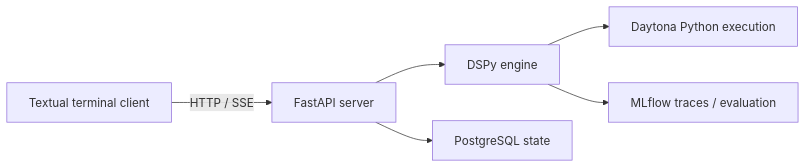
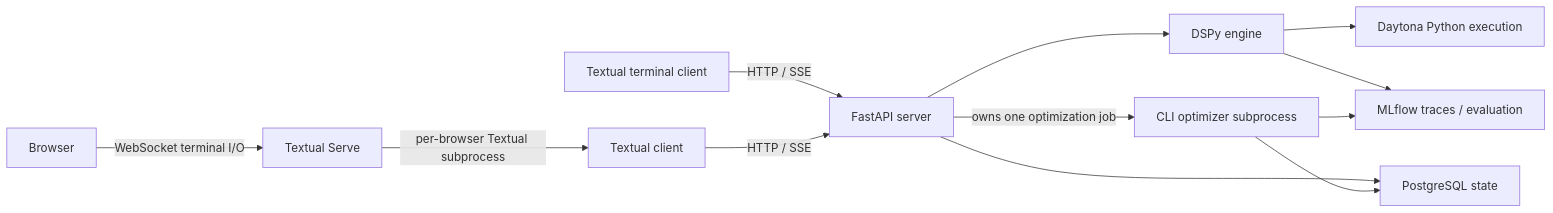
Before and after one commit to Qredence/fleet-rlm: the diagram in ARCHITECTURE.md, drawn with Mermaid. The commit also changed other lines of this file and 30 other files, not shown here.

First line of the commit message:
feat(tui): Add managed GEPA experiments and browser access

````diff
--- a/ARCHITECTURE.md
+++ b/ARCHITECTURE.md
@@ -14,8 +14,14 @@
 ```mermaid
 flowchart LR
     Client[Textual terminal client] -->|HTTP / SSE| API[FastAPI server]
+    Browser[Browser] -->|WebSocket terminal I/O| Serve[Textual Serve]
+    Serve -->|per-browser Textual subprocess| WebTUI[Textual client]
+    WebTUI -->|HTTP / SSE| API
     API --> Engine[DSPy engine]
     Engine --> Daytona[Daytona Python execution]
     API --> PostgreSQL[PostgreSQL state]
     Engine --> MLflow[MLflow traces / evaluation]
+    API -->|owns one optimization job| Worker[CLI optimizer subprocess]
+    Worker --> PostgreSQL
+    Worker --> MLflow
 ```
````
